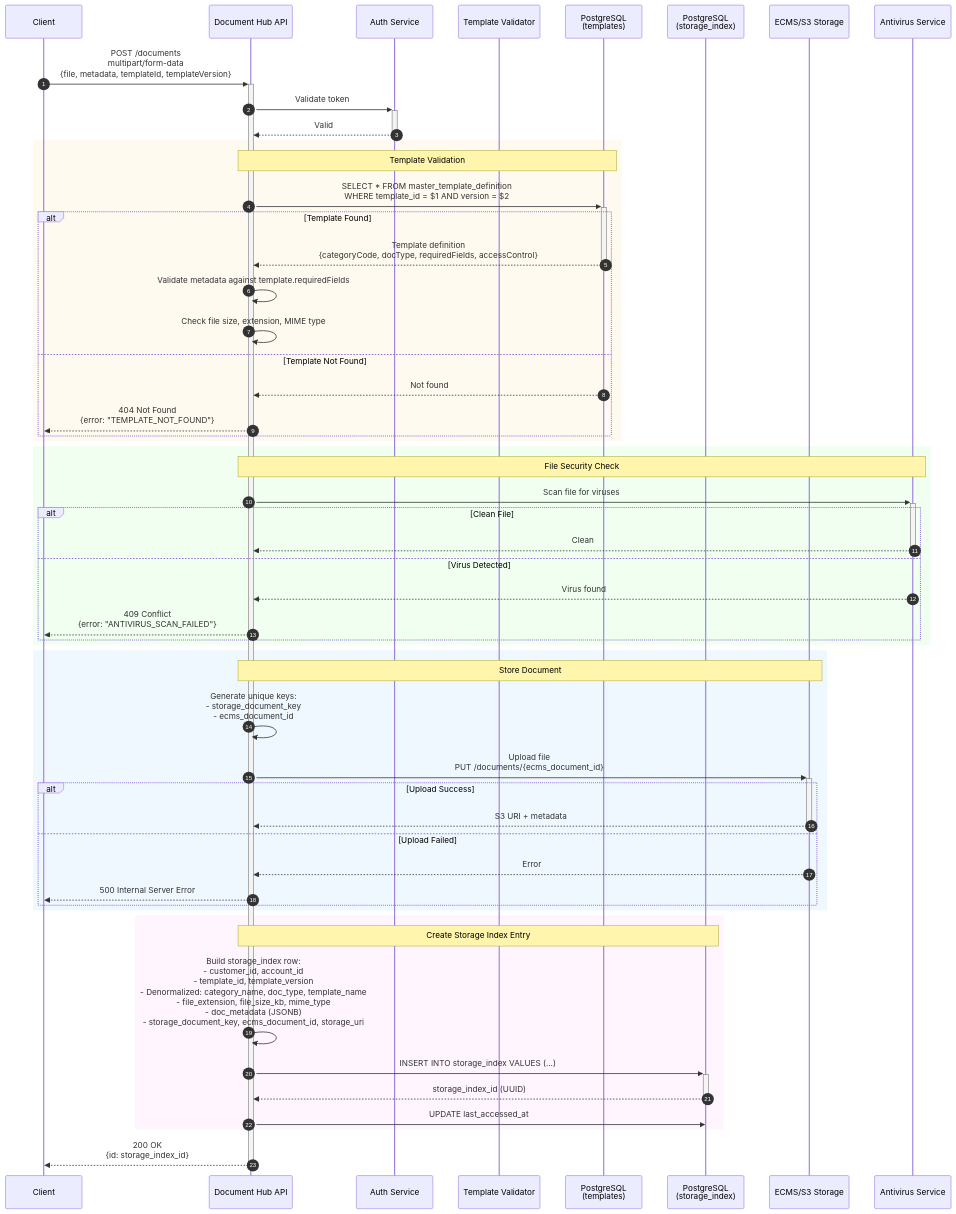
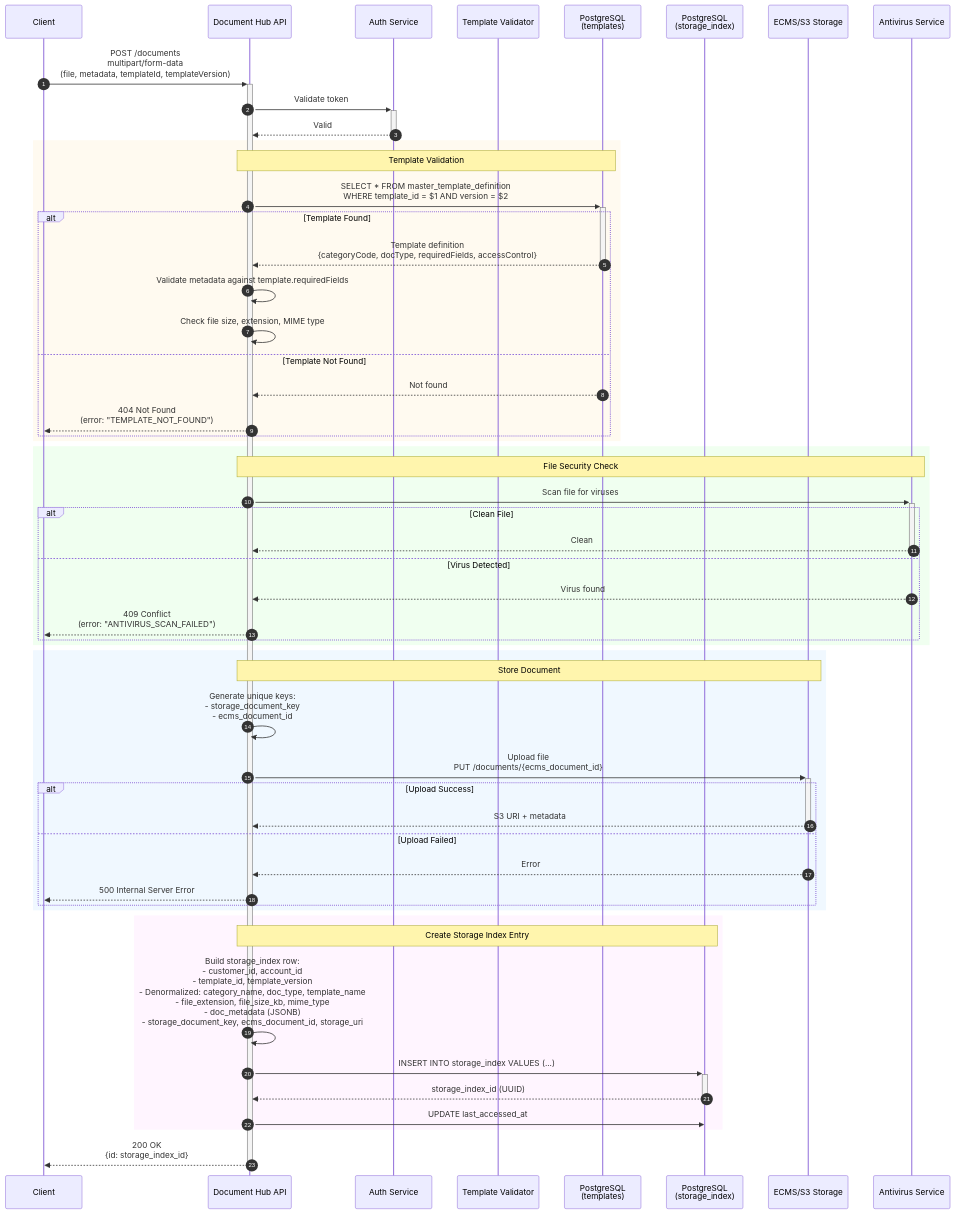
One commit to ghmd86/document-hub changed the second of 14 diagrams in docs/sequence-diagrams/complete_api_sequence_diagrams.md. Above: the diagram before and after it, drawn with Mermaid. The commit also changed other lines of this file, not shown here.

First line of the commit message:
Fix Mermaid syntax errors in sequence diagrams

````diff
--- a/docs/sequence-diagrams/complete_api_sequence_diagrams.md
+++ b/docs/sequence-diagrams/complete_api_sequence_diagrams.md
@@ -63,70 +63,70 @@
 ```mermaid
 sequenceDiagram
     autonumber
 
     participant Client
     participant API as Document Hub API
     participant Auth as Auth Service
     participant Validator as Template Validator
     participant TemplateDB as PostgreSQL<br/>(templates)
     participant StorageDB as PostgreSQL<br/>(storage_index)
     participant ECMS as ECMS/S3 Storage
     participant Virus as Antivirus Service
 
-    Client->>+API: POST /documents<br/>multipart/form-data<br/>{file, metadata, templateId, templateVersion}
+    Client->>+API: POST /documents<br/>multipart/form-data<br/>(file, metadata, templateId, templateVersion)
 
     API->>+Auth: Validate token
     Auth-->>-API: Valid
 
     rect rgb(255, 250, 240)
         Note over API,TemplateDB: Template Validation
         API->>+TemplateDB: SELECT * FROM master_template_definition<br/>WHERE template_id = $1 AND version = $2
 
         alt Template Found
             TemplateDB-->>-API: Template definition<br/>{categoryCode, docType, requiredFields, accessControl}
             API->>API: Validate metadata against template.requiredFields
             API->>API: Check file size, extension, MIME type
         else Template Not Found
             TemplateDB-->>API: Not found
-            API-->>Client: 404 Not Found<br/>{error: "TEMPLATE_NOT_FOUND"}
+            API-->>Client: 404 Not Found<br/>(error: "TEMPLATE_NOT_FOUND")
         end
     end
 
     rect rgb(240, 255, 240)
         Note over API,Virus: File Security Check
         API->>+Virus: Scan file for viruses
 
         alt Clean File
             Virus-->>-API: Clean
         else Virus Detected
             Virus-->>API: Virus found
-            API-->>Client: 409 Conflict<br/>{error: "ANTIVIRUS_SCAN_FAILED"}
+            API-->>Client: 409 Conflict<br/>(error: "ANTIVIRUS_SCAN_FAILED")
         end
     end
 
     rect rgb(240, 248, 255)
         Note over API,ECMS: Store Document
         API->>API: Generate unique keys:<br/>- storage_document_key<br/>- ecms_document_id
 
         API->>+ECMS: Upload file<br/>PUT /documents/{ecms_document_id}
 
         alt Upload Success
             ECMS-->>-API: S3 URI + metadata
         else Upload Failed
             ECMS-->>API: Error
             API-->>Client: 500 Internal Server Error
         end
     end
 
     rect rgb(255, 245, 255)
         Note over API,StorageDB: Create Storage Index Entry
         API->>API: Build storage_index row:<br/>- customer_id, account_id<br/>- template_id, template_version<br/>- Denormalized: category_name, doc_type, template_name<br/>- file_extension, file_size_kb, mime_type<br/>- doc_metadata (JSONB)<br/>- storage_document_key, ecms_document_id, storage_uri
 
         API->>+StorageDB: INSERT INTO storage_index VALUES (...)
         StorageDB-->>-API: storage_index_id (UUID)
 
         API->>StorageDB: UPDATE last_accessed_at
     end
 
     API-->>-Client: 200 OK<br/>{id: storage_index_id}
 ```
````
